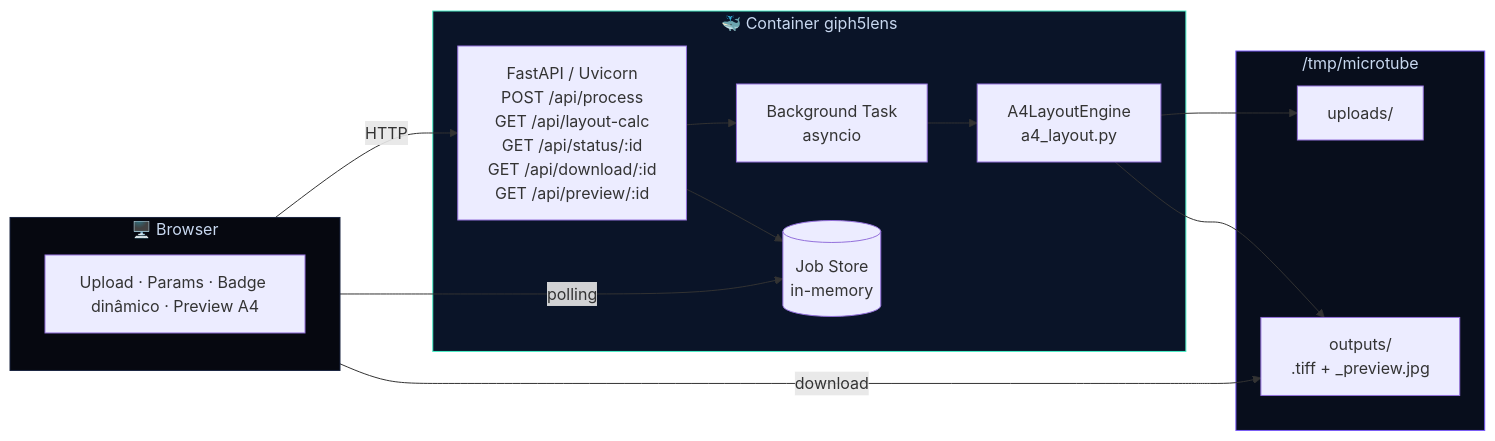
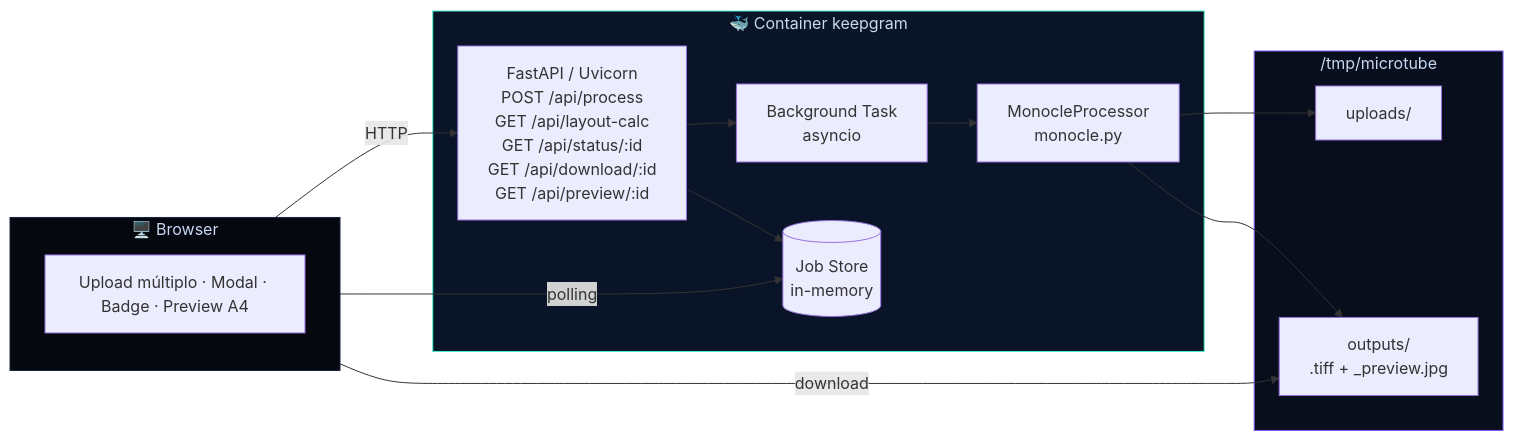
One commit to pizzirano/giph5lens changed the third of 5 diagrams in README.md. Above: the diagram before and after it, drawn with Mermaid. The commit also changed other lines of this file, not shown here.

Commit message:
update v3 keepgram

````diff
--- a/README.md
+++ b/README.md
@@ -178,28 +199,28 @@
 ```mermaid
 graph LR
     subgraph UI["🖥️ Browser"]
-        F["Upload · Params · Badge dinâmico · Preview A4"]
+        F["Upload múltiplo · Modal · Badge · Preview A4"]
     end
 
-    subgraph Docker["🐳 Container giph5lens"]
+    subgraph Docker["🐳 Container keepgram"]
         GW["FastAPI / Uvicorn\nPOST /api/process\nGET /api/layout-calc\nGET /api/status/:id\nGET /api/download/:id\nGET /api/preview/:id"]
         BG["Background Task\nasyncio"]
-        ENG["A4LayoutEngine\na4_layout.py"]
+        ENG["MonocleProcessor\nmonocle.py"]
         JOBS[("Job Store\nin-memory")]
     end
 
     subgraph FS["/tmp/microtube"]
         UP["uploads/"]
         OUT["outputs/\n.tiff + _preview.jpg"]
     end
 
     UI -->|HTTP| GW
     GW --> BG & JOBS
     BG --> ENG --> UP & OUT
     UI -->|polling| JOBS
     UI -->|download| OUT
 
     style UI fill:#060810,stroke:#1a2540,color:#c8d8f0
     style Docker fill:#0a1428,stroke:#4af0c8,color:#c8d8f0
     style FS fill:#080e1c,stroke:#7b5cfa,color:#c8d8f0
 ```
````
